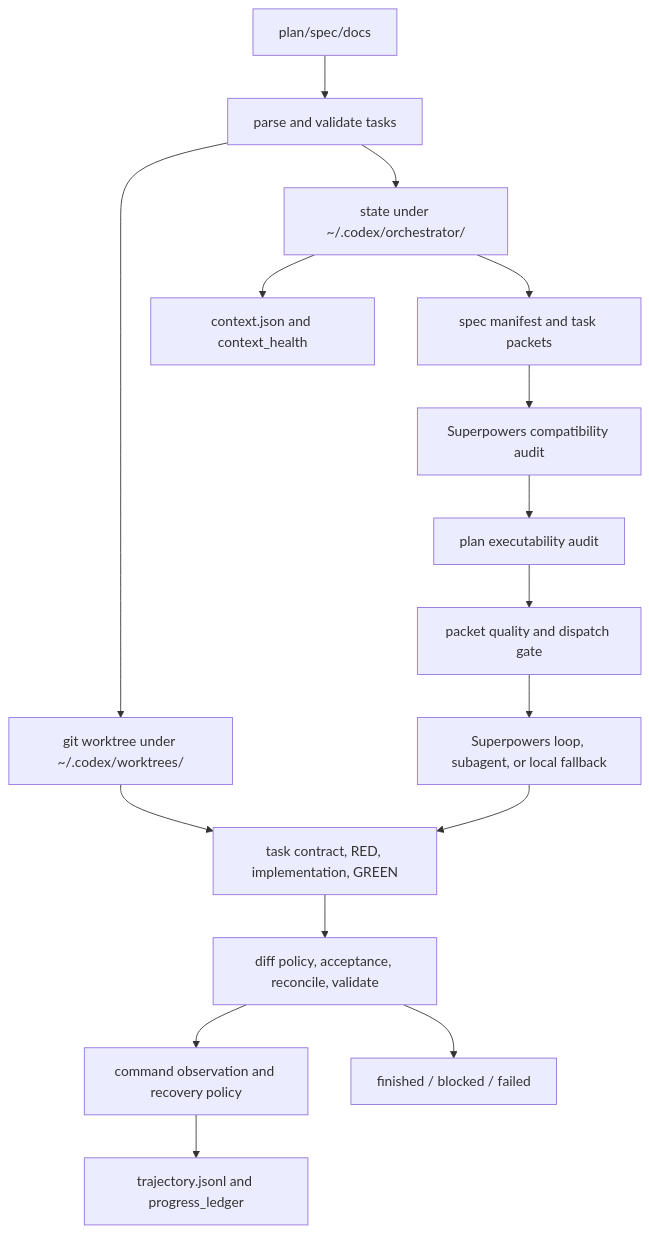
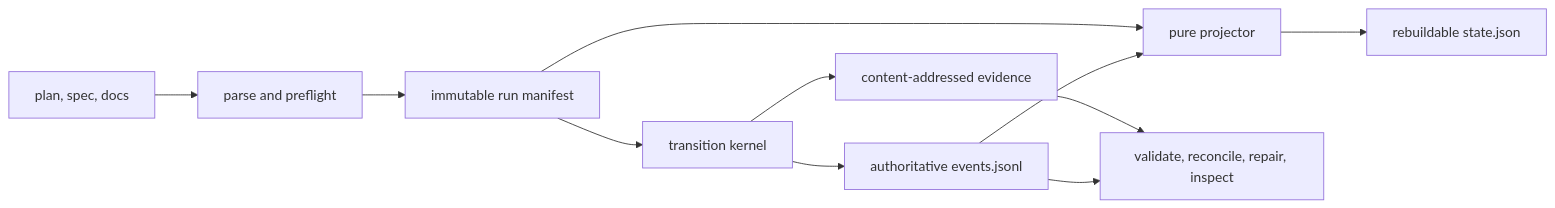
One commit to beyondwin/Archive changed the diagram in skills/kws-codex-plan-executor/ARCHITECTURE.md. Above: the diagram before and after it, drawn with Mermaid. The commit also changed other lines of this file and 78 other files, not shown here.

````diff
--- a/skills/kws-codex-plan-executor/ARCHITECTURE.md
+++ b/skills/kws-codex-plan-executor/ARCHITECTURE.md
@@ -6,18 +5,13 @@
 ```mermaid
-flowchart TD
-  Plan["plan/spec/docs"] --> Parse["parse and validate tasks"]
-  Parse --> Worktree["git worktree under ~/.codex/worktrees/<run_id>"]
-  Parse --> State["state under ~/.codex/orchestrator/<run_id>"]
-  State --> Packet["spec manifest and task packets"]
-  Packet --> Compat["Superpowers compatibility audit"]
-  Compat --> ExecAudit["plan executability audit"]
-  ExecAudit --> Gate["packet quality and dispatch gate"]
-  Gate --> Worker["Superpowers loop, subagent, or local fallback"]
-  Worktree --> Task["task contract, RED, implementation, GREEN"]
-  State --> Context["context.json and context_health"]
-  Worker --> Task
-  Task --> Verify["diff policy, acceptance, reconcile, validate"]
-  Verify --> Recovery["command observation and recovery policy"]
-  Recovery --> Trajectory["trajectory.jsonl and progress_ledger"]
-  Verify --> Done["finished / blocked / failed"]
+flowchart LR
+  Input["plan, spec, docs"] --> Preflight["parse and preflight"]
+  Preflight --> Manifest["immutable run manifest"]
+  Manifest --> Kernel["transition kernel"]
+  Kernel --> Events["authoritative events.jsonl"]
+  Kernel --> Evidence["content-addressed evidence"]
+  Events --> Projector["pure projector"]
+  Manifest --> Projector
+  Projector --> State["rebuildable state.json"]
+  Events --> Consumers["validate, reconcile, repair, inspect"]
+  Evidence --> Consumers
 ```
````
